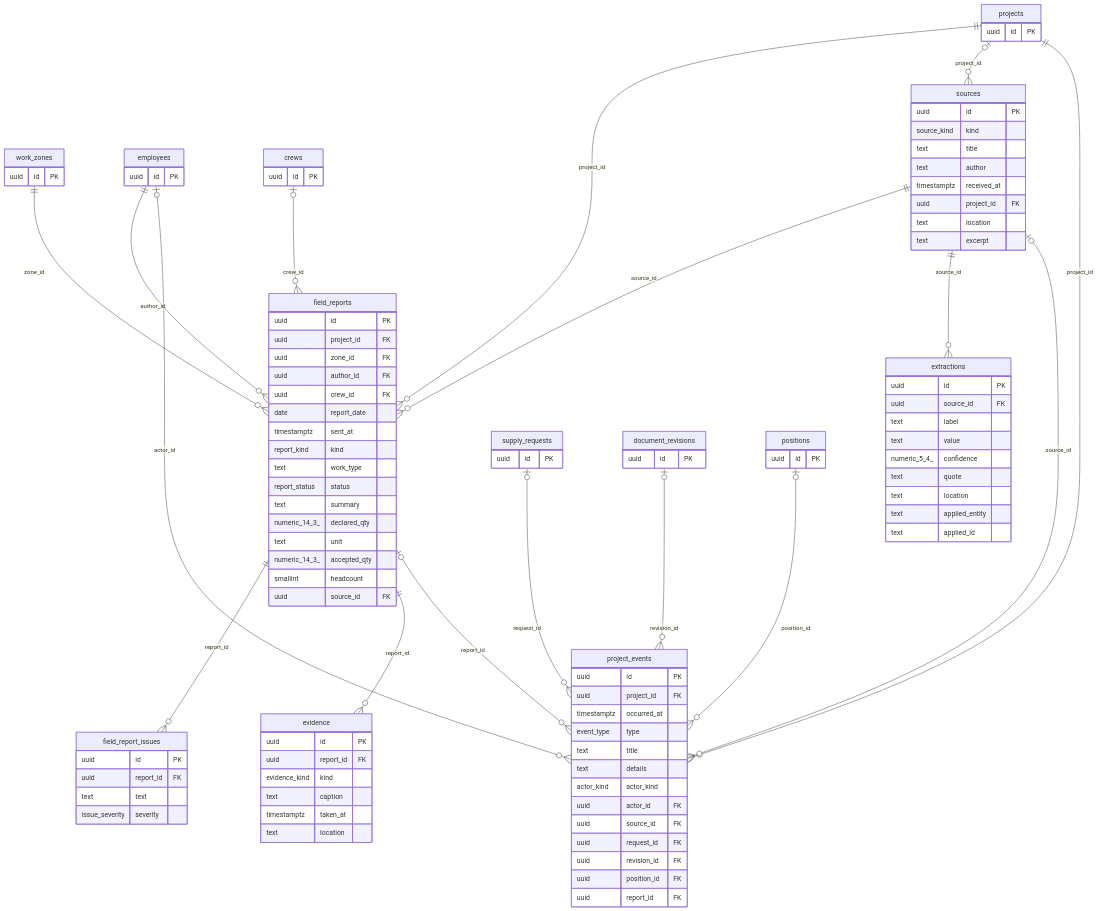
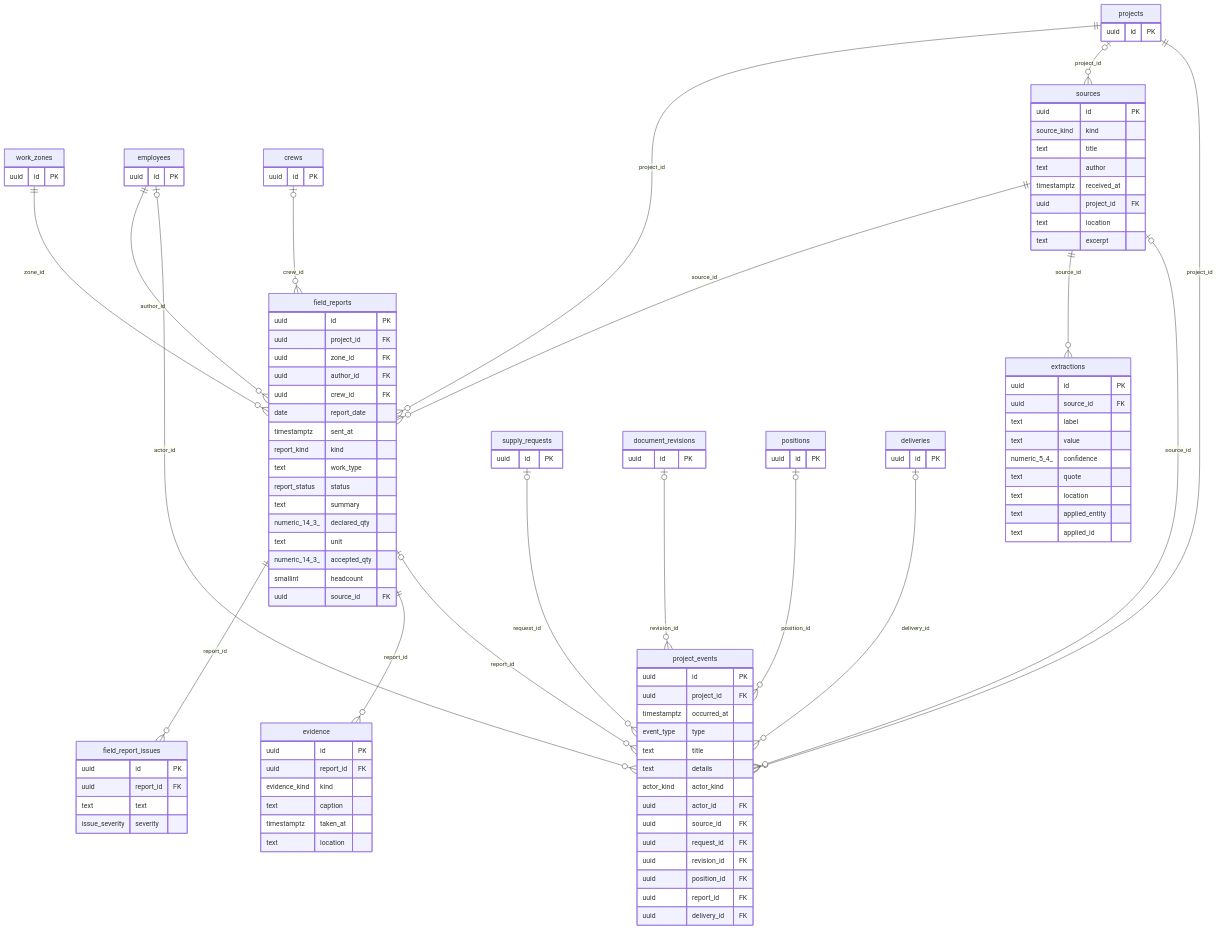
One commit to Neeklo1606/facade-ai-flow changed the fifth of 5 diagrams in docs/db/schema.md. Above: the diagram before and after it, drawn with Mermaid. The commit also changed other lines of this file and 49 other files, not shown here.

````diff
--- a/docs/db/schema.md
+++ b/docs/db/schema.md
@@ -1111,6 +1263,7 @@
   document_revisions |o--o{ project_events : revision_id
   positions |o--o{ project_events : position_id
   field_reports |o--o{ project_events : report_id
+  deliveries |o--o{ project_events : delivery_id
   field_reports {
     uuid id PK
     uuid project_id FK
@@ -1178,6 +1331,7 @@
     uuid revision_id FK
     uuid position_id FK
     uuid report_id FK
+    uuid delivery_id FK
   }
   projects {
     uuid id PK
@@ -1200,4 +1354,7 @@
   positions {
     uuid id PK
   }
+  deliveries {
+    uuid id PK
+  }
 ```
````
